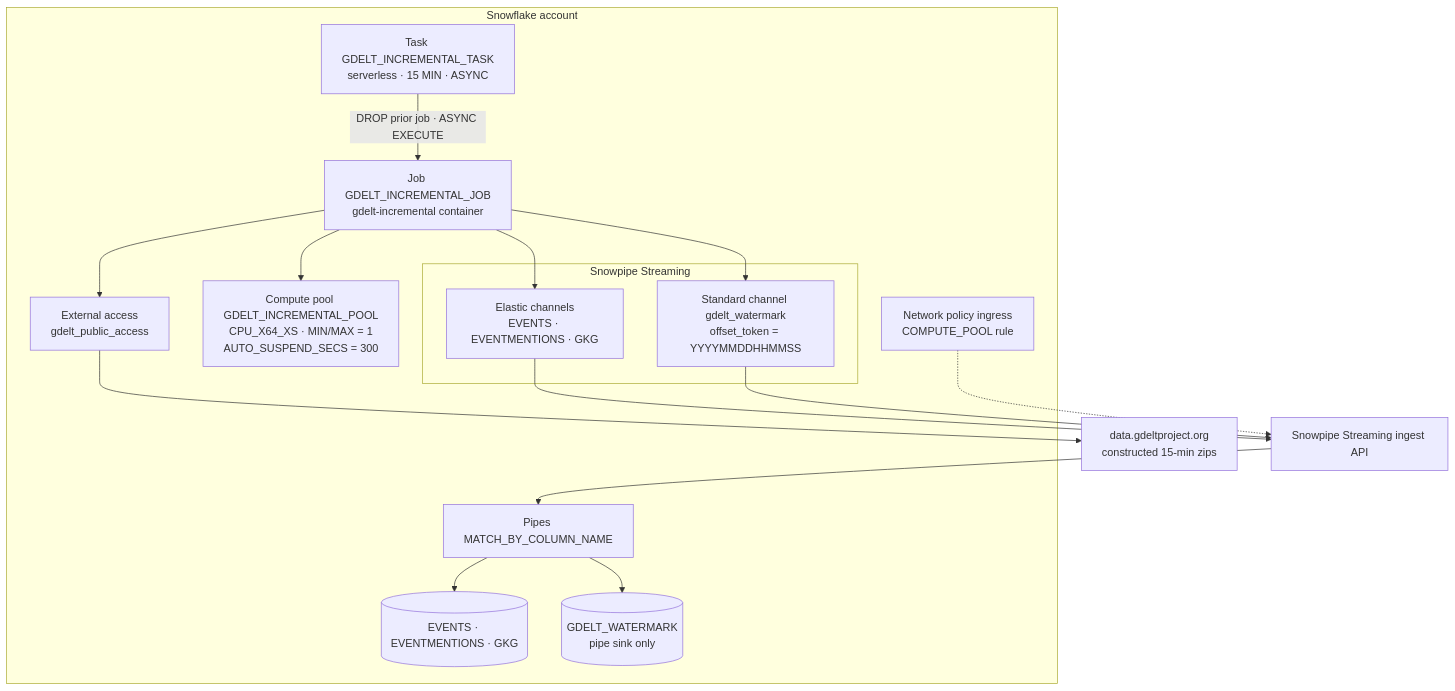
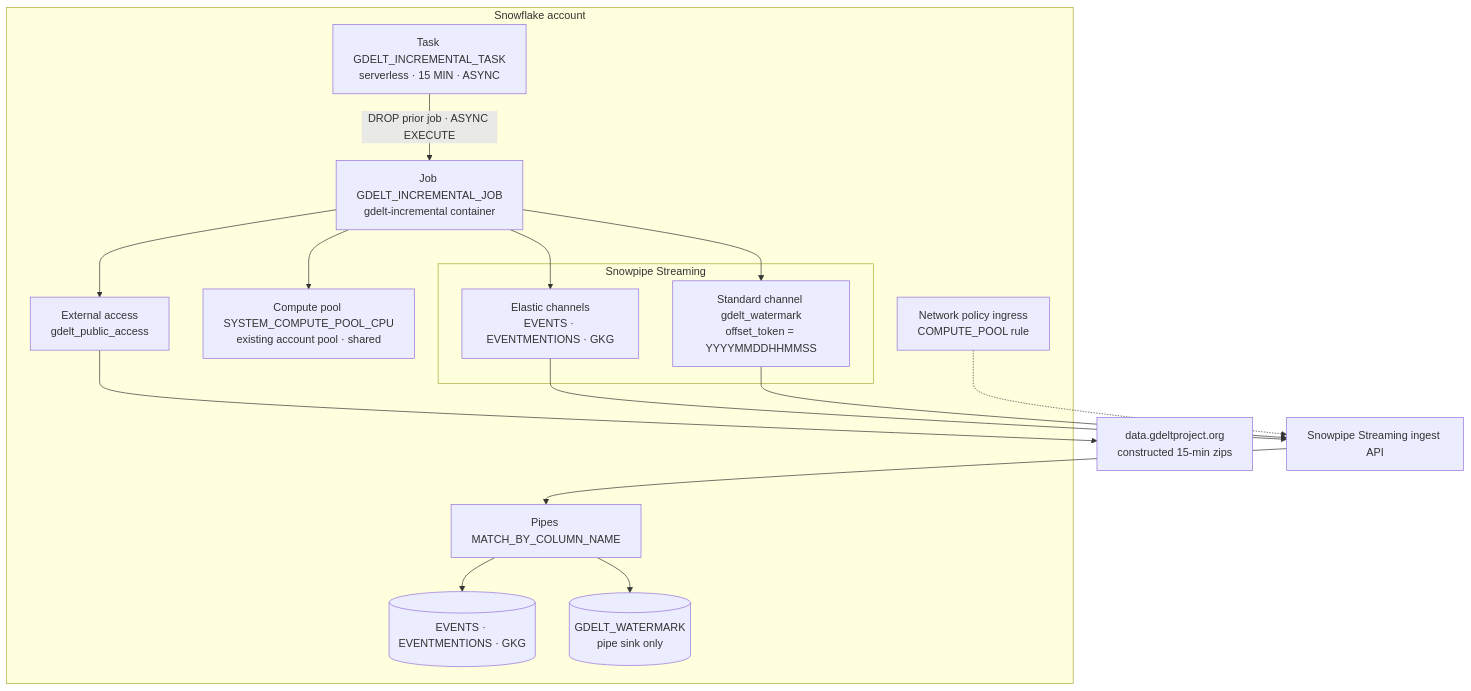
The first of 3 diagrams in docs/architecture-and-cost.md (sfc-gh-bculberson/snowcat-streaming_gdelt), drawn with Mermaid before and after one commit. The commit also changed other lines of this file and 7 other files, not shown here.

````diff
--- a/docs/architecture-and-cost.md
+++ b/docs/architecture-and-cost.md
@@ -19,34 +19,34 @@
 ```mermaid
 flowchart TB
   subgraph Snowflake["Snowflake account"]
     Task["Task GDELT_INCREMENTAL_TASK<br/>serverless · 15 MIN · ASYNC"]
-    Pool["Compute pool GDELT_INCREMENTAL_POOL<br/>CPU_X64_XS · MIN/MAX = 1<br/>AUTO_SUSPEND_SECS = 300"]
+    Pool["Compute pool SYSTEM_COMPUTE_POOL_CPU<br/>existing account pool · shared"]
     Job["Job GDELT_INCREMENTAL_JOB<br/>gdelt-incremental container"]
 
     subgraph Streaming["Snowpipe Streaming"]
       EC["Elastic channels<br/>EVENTS · EVENTMENTIONS · GKG"]
       WM["Standard channel gdelt_watermark<br/>offset_token = YYYYMMDDHHMMSS"]
     end
 
     Pipes["Pipes MATCH_BY_COLUMN_NAME"]
     Tables[("EVENTS · EVENTMENTIONS · GKG")]
     Sink[("GDELT_WATERMARK<br/>pipe sink only")]
     EAI["External access<br/>gdelt_public_access"]
     NP["Network policy ingress<br/>COMPUTE_POOL rule"]
   end
 
   GDELT["data.gdeltproject.org<br/>constructed 15-min zips"]
   IngestAPI["Snowpipe Streaming ingest API"]
 
   Task -->|"DROP prior job · ASYNC EXECUTE"| Job
   Job --> Pool
   Job --> EAI --> GDELT
   Job --> EC
   Job --> WM
   EC --> IngestAPI
   WM --> IngestAPI
   IngestAPI --> Pipes
   Pipes --> Tables
   Pipes --> Sink
   NP -.-> IngestAPI
 ```
````
